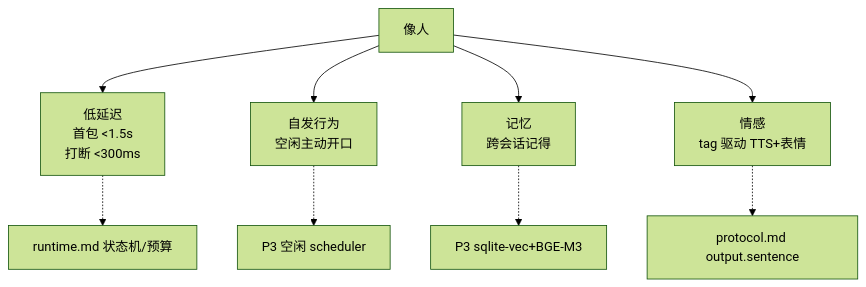
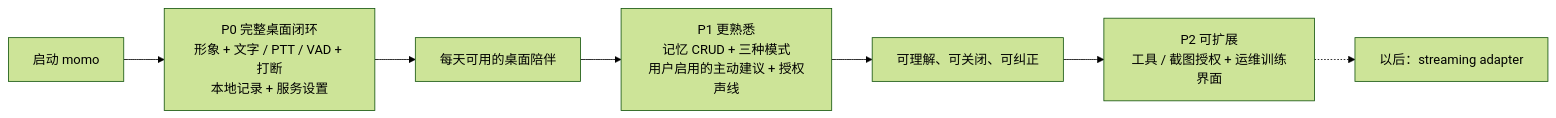
The diagram in docs/00-context/product.md (Momoyeyu/momo), drawn with Mermaid (forest theme) before and after one commit. The commit also changed other lines of this file and 122 other files, not shown here.

````diff
--- a/docs/00-context/product.md
+++ b/docs/00-context/product.md
@@ -35,11 +27,9 @@
 ```mermaid
-flowchart TD
-    HUMAN["像人"] --> LAT["低延迟<br/>首包 &lt;1.5s<br/>打断 &lt;300ms"]
-    HUMAN --> SPON["自发行为<br/>空闲主动开口"]
-    HUMAN --> MEM["记忆<br/>跨会话记得"]
-    HUMAN --> EMO["情感<br/>tag 驱动 TTS+表情"]
-    LAT -.-> RUNTIME["runtime.md 状态机/预算"]
-    SPON -.-> P3["P3 空闲 scheduler"]
-    MEM -.-> P3B["P3 sqlite-vec+BGE-M3"]
-    EMO -.-> PROTO["protocol.md output.sentence"]
+flowchart LR
+    START["启动 momo"] --> P0["P0 完整桌面闭环<br/>形象 + 文字 / PTT / VAD + 打断<br/>本地记录 + 服务设置"]
+    P0 --> USE["每天可用的桌面陪伴"]
+    USE --> P1["P1 更熟悉<br/>记忆 CRUD + 三种模式<br/>用户启用的主动建议 + 授权声线"]
+    P1 --> TRUST["可理解、可关闭、可纠正"]
+    TRUST --> P2["P2 可扩展<br/>工具 / 截图授权 + 运维训练界面"]
+    P2 -.-> LATER["以后：streaming adapter"]
 ```
````
